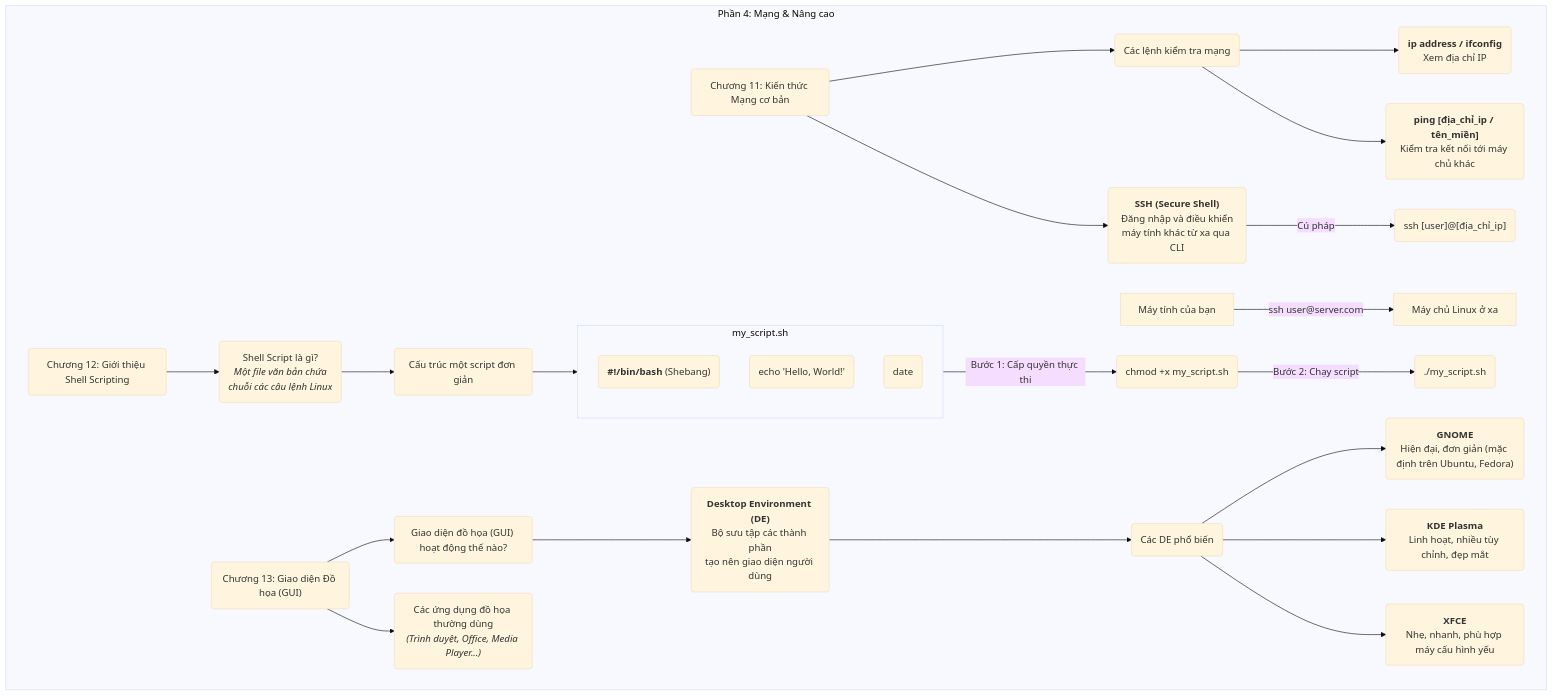
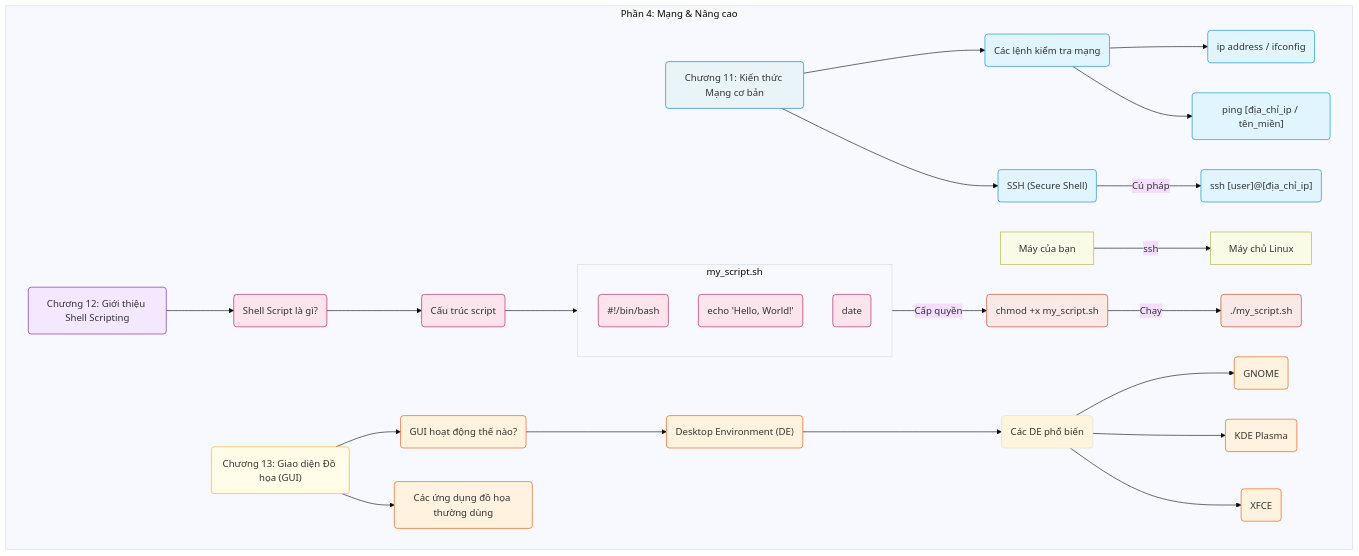
One commit to ngockhanhvd2812/DBA changed the fifth of 5 diagrams in linux.md. Above: the diagram before and after it, drawn with Mermaid (base theme). The commit also changed other lines of this file, not shown here.

````diff
--- a/linux.md
+++ b/linux.md
@@ -149,39 +273,64 @@
 ```mermaid 
 graph TD
     subgraph "Phần 4: Mạng & Nâng cao"
         %% Chapters
         C11("Chương 11: Kiến thức Mạng cơ bản")
         C12("Chương 12: Giới thiệu Shell Scripting")
         C13("Chương 13: Giao diện Đồ họa (GUI)")
 
         %% Chapter 11 Details
         C11 --> N1("Các lệnh kiểm tra mạng")
-        N1 --> N1a("<b>ip address / ifconfig</b><br/>Xem địa chỉ IP")
-        N1 --> N1b("<b>ping [địa_chỉ_ip / tên_miền]</b><br/>Kiểm tra kết nối tới máy chủ khác")
-        
-        C11 --> N2("<b>SSH (Secure Shell)</b><br/>Đăng nhập và điều khiển<br/>máy tính khác từ xa qua CLI")
+        N1 --> N1a("ip address / ifconfig")
+        N1 --> N1b("ping [địa_chỉ_ip / tên_miền]")
+
+        C11 --> N2("SSH (Secure Shell)")
         N2 -- "Cú pháp" --> N2a("ssh [user]@[địa_chỉ_ip]")
-        MyPC["Máy tính của bạn"] -- ssh user@server.com --> Server["Máy chủ Linux ở xa"]
+        MyPC["Máy của bạn"] -- ssh --> Server["Máy chủ Linux"]
 
         %% Chapter 12 Details
-        C12 --> S1("Shell Script là gì?<br/><i>Một file văn bản chứa<br/>chuỗi các câu lệnh Linux</i>")
-        S1 --> S2("Cấu trúc một script đơn giản")
+        C12 --> S1("Shell Script là gì?")
+        S1 --> S2("Cấu trúc script")
         S2 --> S2_File
         subgraph S2_File [my_script.sh]
-            S2a("<b>#!/bin/bash</b> (Shebang)")
+            S2a("#!/bin/bash")
             S2b("echo 'Hello, World!'")
             S2c("date")
         end
-        S2_File -- "Bước 1: Cấp quyền thực thi" --> S3("chmod +x my_script.sh")
-        S3 -- "Bước 2: Chạy script" --> S4("./my_script.sh")
-        
+        S2_File -- "Cấp quyền" --> S3("chmod +x my_script.sh")
+        S3 -- "Chạy" --> S4("./my_script.sh")
+
         %% Chapter 13 Details
-        C13 --> G1("Giao diện đồ họa (GUI) hoạt động thế nào?")
-        G1 --> G2("<b>Desktop Environment (DE)</b><br/>Bộ sưu tập các thành phần<br/>tạo nên giao diện người dùng")
+        C13 --> G1("GUI hoạt động thế nào?")
+        G1 --> G2("Desktop Environment (DE)")
         G2 --> G3("Các DE phổ biến")
-            G3 --> G3a("<b>GNOME</b><br/>Hiện đại, đơn giản (mặc định trên Ubuntu, Fedora)")
-            G3 --> G3b("<b>KDE Plasma</b><br/>Linh hoạt, nhiều tùy chỉnh, đẹp mắt")
-            G3 --> G3c("<b>XFCE</b><br/>Nhẹ, nhanh, phù hợp máy cấu hình yếu")
-        C13 --> G4("Các ứng dụng đồ họa thường dùng<br/><i>(Trình duyệt, Office, Media Player...)</i>")
+            G3 --> G3a("GNOME")
+            G3 --> G3b("KDE Plasma")
+            G3 --> G3c("XFCE")
+        C13 --> G4("Các ứng dụng đồ họa thường dùng")
     end
+
+    %% Styles
+    style C11 fill:#e8f4f8,stroke:#0277bd
+    style C12 fill:#f3e8ff,stroke:#6a1b9a
+    style C13 fill:#fffde7,stroke:#f9a825
+    style N1 fill:#e1f5fe,stroke:#0288d1
+    style N1a fill:#e1f5fe,stroke:#0288d1
+    style N1b fill:#e1f5fe,stroke:#0288d1
+    style N2 fill:#e1f5fe,stroke:#0288d1
+    style N2a fill:#e1f5fe,stroke:#0288d1
+    style MyPC fill:#f9fbe7,stroke:#afb42b
+    style Server fill:#f9fbe7,stroke:#afb42b
+    style S1 fill:#fce4ec,stroke:#ad1457
+    style S2 fill:#fce4ec,stroke:#ad1457
+    style S2a fill:#fce4ec,stroke:#ad1457
+    style S2b fill:#fce4ec,stroke:#ad1457
+    style S2c fill:#fce4ec,stroke:#ad1457
+    style S3 fill:#fbe9e7,stroke:#bf360c
+    style S4 fill:#fbe9e7,stroke:#bf360c
+    style G1 fill:#fff3e0,stroke:#e65100
+    style G2 fill:#fff3e0,stroke:#e65100
+    style G3a fill:#fff3e0,stroke:#e65100
+    style G3b fill:#fff3e0,stroke:#e65100
+    style G3c fill:#fff3e0,stroke:#e65100
+    style G4 fill:#fff3e0,stroke:#e65100
 ``` 
````
